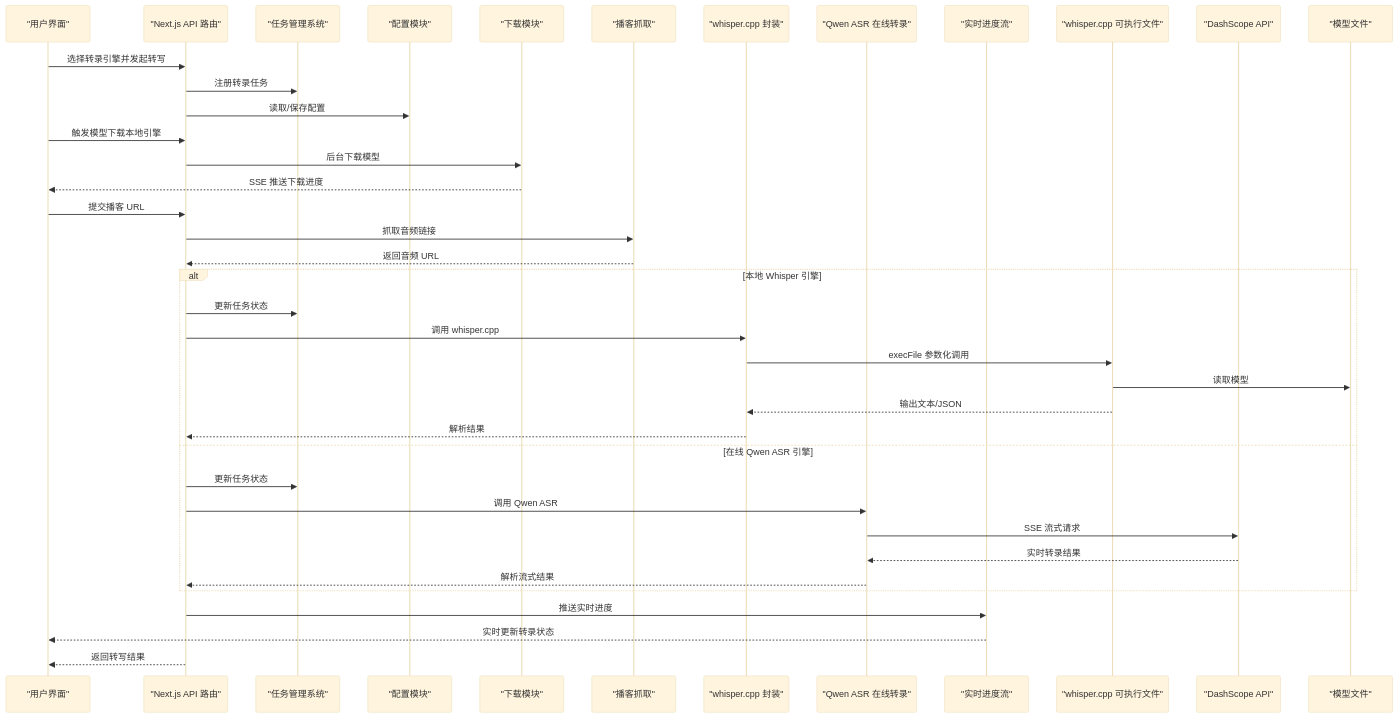
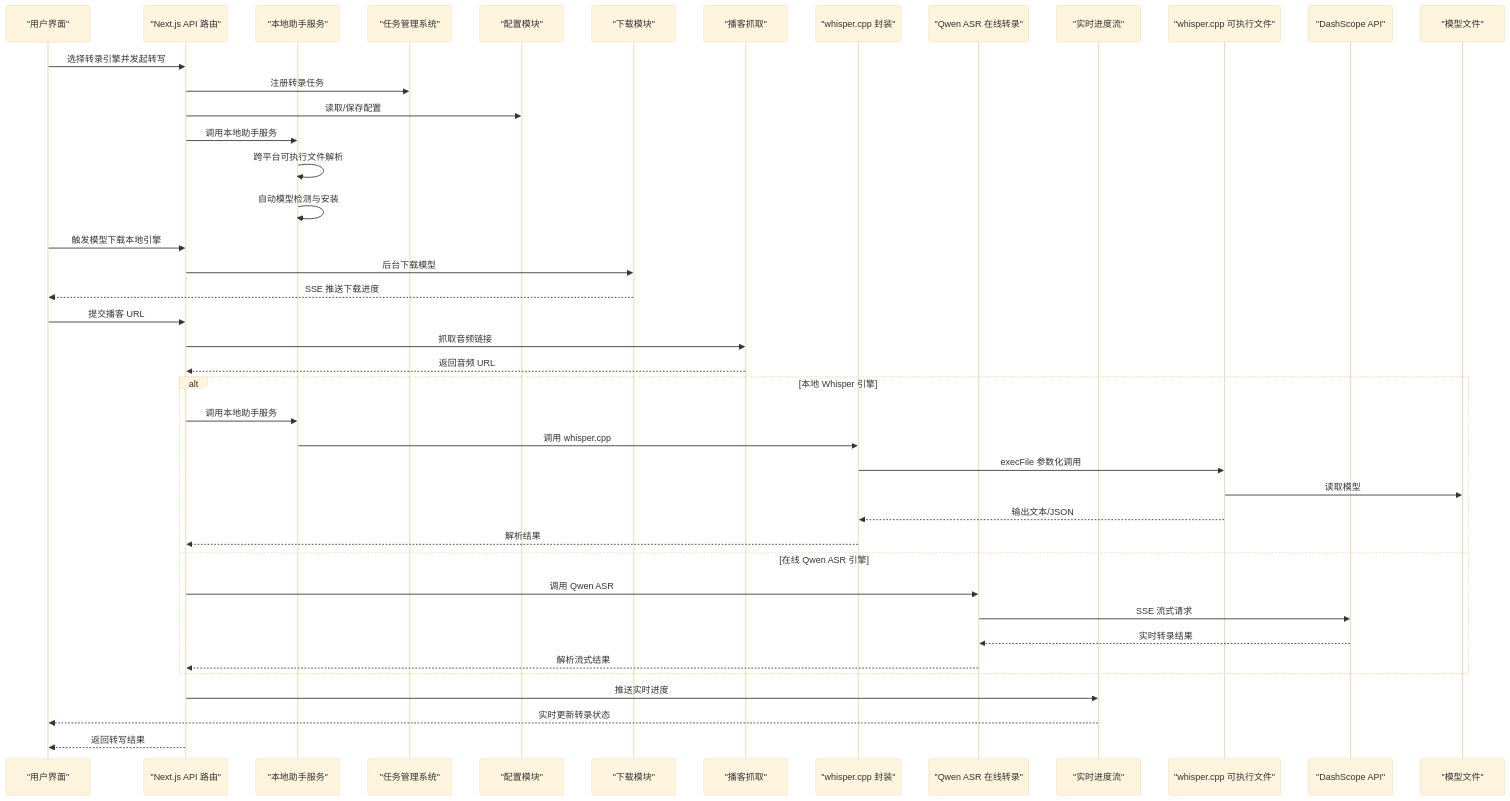
The second of 15 diagrams in .qoder/repowiki/zh/content/核心功能模块/语音识别引擎.md (clawbotai/memo-flow), drawn with Mermaid (base theme) before and after one commit. The commit also changed other lines of this file and 5 other files, not shown here.

````diff
--- a/.qoder/repowiki/zh/content/核心功能模块/语音识别引擎.md
+++ b/.qoder/repowiki/zh/content/核心功能模块/语音识别引擎.md
@@ -166,41 +191,44 @@
 ```mermaid
 sequenceDiagram
 participant U as "用户界面"
 participant S as "Next.js API 路由"
+participant H as "本地助手服务"
 participant TM as "任务管理系统"
 participant C as "配置模块"
 participant D as "下载模块"
 participant P as "播客抓取"
 participant W as "whisper.cpp 封装"
 participant Q as "Qwen ASR 在线转录"
 participant ES as "实时进度流"
 participant E as "whisper.cpp 可执行文件"
 participant A as "DashScope API"
 participant M as "模型文件"
 U->>S : 选择转录引擎并发起转写
 S->>TM : 注册转录任务
 S->>C : 读取/保存配置
+S->>H : 调用本地助手服务
+H->>H : 跨平台可执行文件解析
+H->>H : 自动模型检测与安装
 U->>S : 触发模型下载本地引擎
 S->>D : 后台下载模型
 D-->>U : SSE 推送下载进度
 U->>S : 提交播客 URL
 S->>P : 抓取音频链接
 P-->>S : 返回音频 URL
 alt 本地 Whisper 引擎
-S->>TM : 更新任务状态
-S->>W : 调用 whisper.cpp
+S->>H : 调用本地助手服务
+H->>W : 调用 whisper.cpp
 W->>E : execFile 参数化调用
 E->>M : 读取模型
 E-->>W : 输出文本/JSON
 W-->>S : 解析结果
 else 在线 Qwen ASR 引擎
-S->>TM : 更新任务状态
 S->>Q : 调用 Qwen ASR
 Q->>A : SSE 流式请求
 A-->>Q : 实时转录结果
 Q-->>S : 解析流式结果
 end
 S->>ES : 推送实时进度
 ES-->>U : 实时更新转录状态
 S-->>U : 返回转写结果
 ```
````
